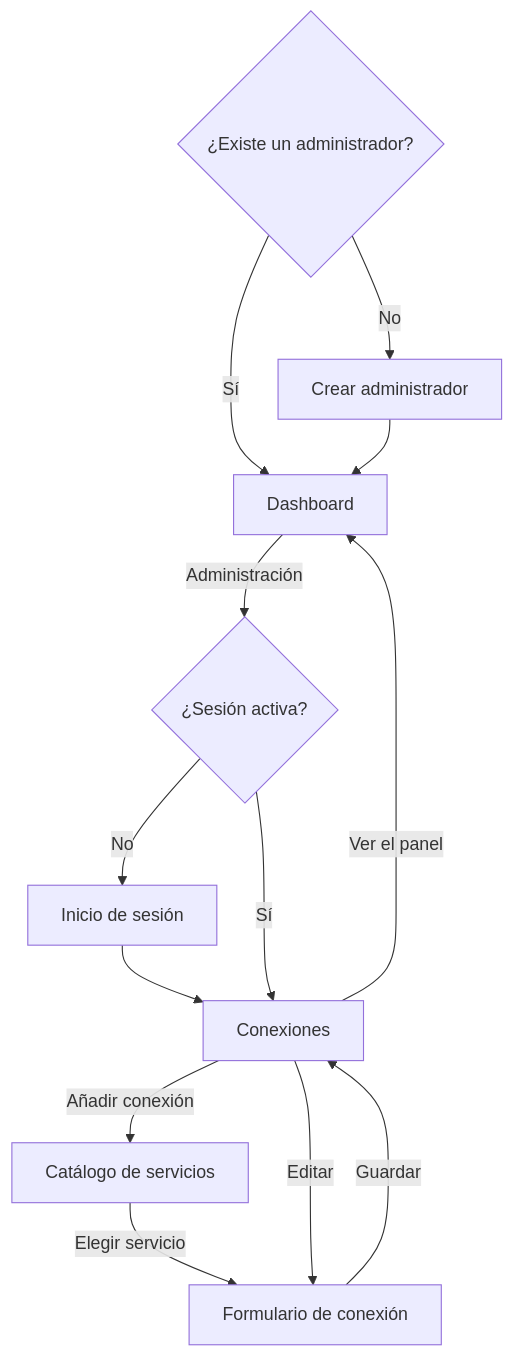
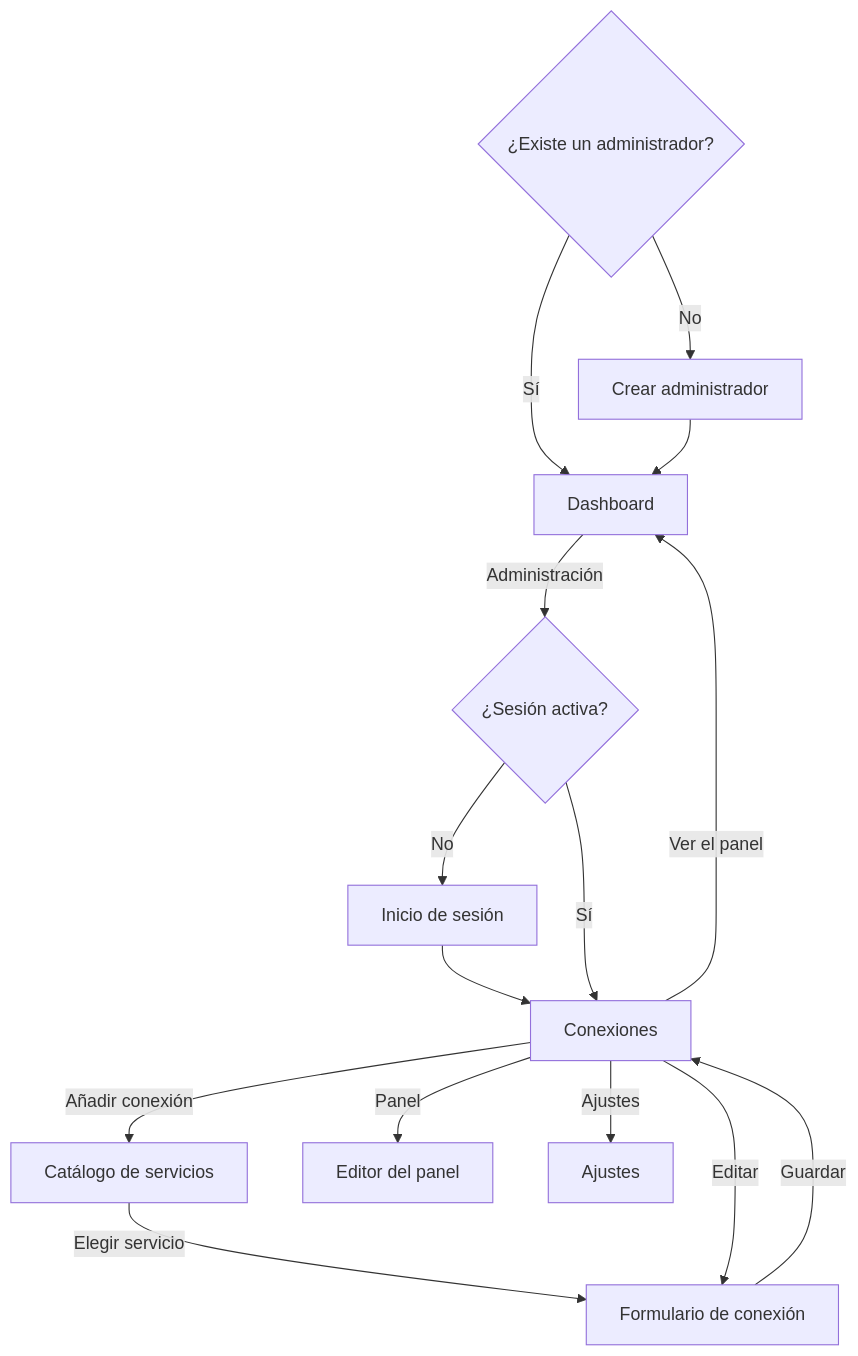
One commit to izakdev/talaia changed the diagram in docs/proyecto/03-diseno-funcional.md. Above: the diagram before and after it, drawn with Mermaid. The commit also changed other lines of this file and 41 other files, not shown here.

First line of the commit message:
Añade editor del panel, páginas, temas, login opcional y gestión de contraseña

````diff
--- a/docs/proyecto/03-diseno-funcional.md
+++ b/docs/proyecto/03-diseno-funcional.md
@@ -5,16 +5,18 @@
 ```mermaid
 flowchart TD
     Start{¿Existe un administrador?}
     Start -->|No| Setup[Crear administrador]
     Start -->|Sí| Dash[Dashboard]
     Setup --> Dash
     Dash -->|Administración| Auth{¿Sesión activa?}
     Auth -->|No| Login[Inicio de sesión]
     Login --> Conn[Conexiones]
     Auth -->|Sí| Conn
     Conn -->|Añadir conexión| Cat[Catálogo de servicios]
     Cat -->|Elegir servicio| Form[Formulario de conexión]
     Conn -->|Editar| Form
     Form -->|Guardar| Conn
     Conn -->|Ver el panel| Dash
+    Conn -->|Panel| Ed[Editor del panel]
+    Conn -->|Ajustes| Set[Ajustes]
 ```
````
